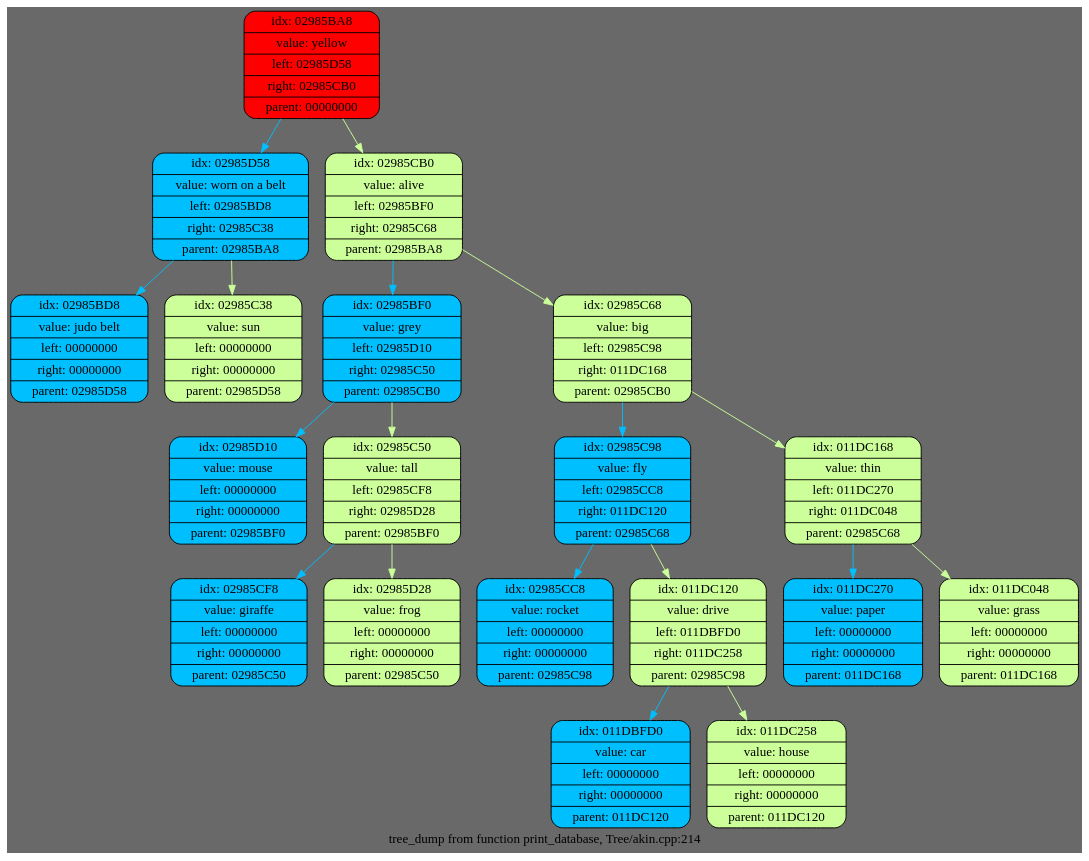
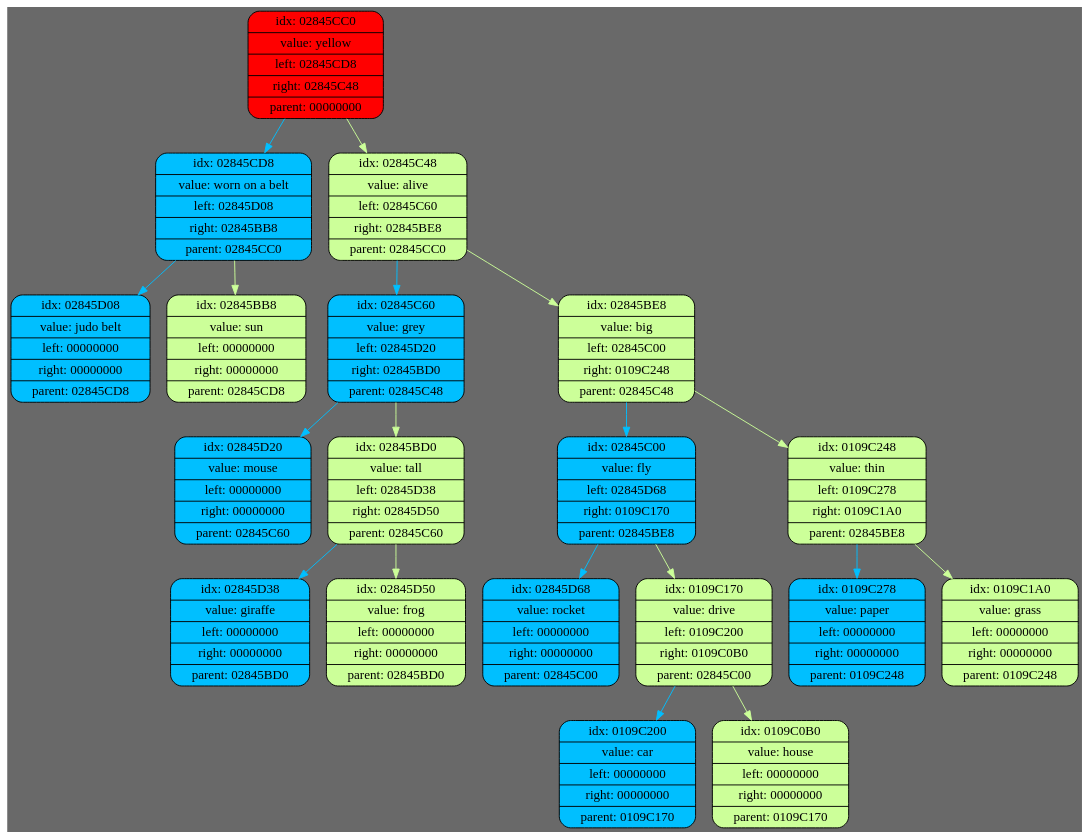
The diagram in include/dump.dot (EntryFrager/Akinator), drawn with Graphviz before and after one commit. The commit also changed other lines of this file and 5 other files, not shown here.

Commit message:
Wrote a separate function to get the database

```diff
--- a/include/dump.dot
+++ b/include/dump.dot
@@ -1,41 +1,41 @@
 digraph List {
 	rankdir = HR;
 	bgcolor = "#696969";
-	node0 [shape = Mrecord, style = filled, fillcolor = "#ff0000", label = "{idx: 02985BA8 | value: yellow | left: 02985D58 | right: 02985CB0 | parent: 00000000}"];
-	node1 [shape = Mrecord, style = filled, fillcolor = "#00BFFF", label = "{idx: 02985D58 | value: worn on a belt | left: 02985BD8 | right: 02985C38 | parent: 02985BA8}"];
+	node0 [shape = Mrecord, style = filled, fillcolor = "#ff0000", label = "{idx: 02845CC0 | value: yellow | left: 02845CD8 | right: 02845C48 | parent: 00000000}"];
+	node1 [shape = Mrecord, style = filled, fillcolor = "#00BFFF", label = "{idx: 02845CD8 | value: worn on a belt | left: 02845D08 | right: 02845BB8 | parent: 02845CC0}"];
 	node0 -> node1 [color = "#00BFFF"]
-	node2 [shape = Mrecord, style = filled, fillcolor = "#00BFFF", label = "{idx: 02985BD8 | value: judo belt | left: 00000000 | right: 00000000 | parent: 02985D58}"];
+	node2 [shape = Mrecord, style = filled, fillcolor = "#00BFFF", label = "{idx: 02845D08 | value: judo belt | left: 00000000 | right: 00000000 | parent: 02845CD8}"];
 	node1 -> node2 [color = "#00BFFF"]
-	node3 [shape = Mrecord, style = filled, fillcolor = "#ccff99", label = "{idx: 02985C38 | value: sun | left: 00000000 | right: 00000000 | parent: 02985D58}"];
+	node3 [shape = Mrecord, style = filled, fillcolor = "#ccff99", label = "{idx: 02845BB8 | value: sun | left: 00000000 | right: 00000000 | parent: 02845CD8}"];
 	node1 -> node3 [color = "#ccff99"]
-	node4 [shape = Mrecord, style = filled, fillcolor = "#ccff99", label = "{idx: 02985CB0 | value: alive | left: 02985BF0 | right: 02985C68 | parent: 02985BA8}"];
+	node4 [shape = Mrecord, style = filled, fillcolor = "#ccff99", label = "{idx: 02845C48 | value: alive | left: 02845C60 | right: 02845BE8 | parent: 02845CC0}"];
 	node0 -> node4 [color = "#ccff99"]
-	node5 [shape = Mrecord, style = filled, fillcolor = "#00BFFF", label = "{idx: 02985BF0 | value: grey | left: 02985D10 | right: 02985C50 | parent: 02985CB0}"];
+	node5 [shape = Mrecord, style = filled, fillcolor = "#00BFFF", label = "{idx: 02845C60 | value: grey | left: 02845D20 | right: 02845BD0 | parent: 02845C48}"];
 	node4 -> node5 [color = "#00BFFF"]
-	node6 [shape = Mrecord, style = filled, fillcolor = "#00BFFF", label = "{idx: 02985D10 | value: mouse | left: 00000000 | right: 00000000 | parent: 02985BF0}"];
+	node6 [shape = Mrecord, style = filled, fillcolor = "#00BFFF", label = "{idx: 02845D20 | value: mouse | left: 00000000 | right: 00000000 | parent: 02845C60}"];
 	node5 -> node6 [color = "#00BFFF"]
-	node7 [shape = Mrecord, style = filled, fillcolor = "#ccff99", label = "{idx: 02985C50 | value: tall | left: 02985CF8 | right: 02985D28 | parent: 02985BF0}"];
+	node7 [shape = Mrecord, style = filled, fillcolor = "#ccff99", label = "{idx: 02845BD0 | value: tall | left: 02845D38 | right: 02845D50 | parent: 02845C60}"];
 	node5 -> node7 [color = "#ccff99"]
-	node8 [shape = Mrecord, style = filled, fillcolor = "#00BFFF", label = "{idx: 02985CF8 | value: giraffe | left: 00000000 | right: 00000000 | parent: 02985C50}"];
+	node8 [shape = Mrecord, style = filled, fillcolor = "#00BFFF", label = "{idx: 02845D38 | value: giraffe | left: 00000000 | right: 00000000 | parent: 02845BD0}"];
 	node7 -> node8 [color = "#00BFFF"]
-	node9 [shape = Mrecord, style = filled, fillcolor = "#ccff99", label = "{idx: 02985D28 | value: frog | left: 00000000 | right: 00000000 | parent: 02985C50}"];
+	node9 [shape = Mrecord, style = filled, fillcolor = "#ccff99", label = "{idx: 02845D50 | value: frog | left: 00000000 | right: 00000000 | parent: 02845BD0}"];
 	node7 -> node9 [color = "#ccff99"]
-	node10 [shape = Mrecord, style = filled, fillcolor = "#ccff99", label = "{idx: 02985C68 | value: big | left: 02985C98 | right: 011DC168 | parent: 02985CB0}"];
+	node10 [shape = Mrecord, style = filled, fillcolor = "#ccff99", label = "{idx: 02845BE8 | value: big | left: 02845C00 | right: 0109C248 | parent: 02845C48}"];
 	node4 -> node10 [color = "#ccff99"]
-	node11 [shape = Mrecord, style = filled, fillcolor = "#00BFFF", label = "{idx: 02985C98 | value: fly | left: 02985CC8 | right: 011DC120 | parent: 02985C68}"];
+	node11 [shape = Mrecord, style = filled, fillcolor = "#00BFFF", label = "{idx: 02845C00 | value: fly | left: 02845D68 | right: 0109C170 | parent: 02845BE8}"];
 	node10 -> node11 [color = "#00BFFF"]
-	node12 [shape = Mrecord, style = filled, fillcolor = "#00BFFF", label = "{idx: 02985CC8 | value: rocket | left: 00000000 | right: 00000000 | parent: 02985C98}"];
+	node12 [shape = Mrecord, style = filled, fillcolor = "#00BFFF", label = "{idx: 02845D68 | value: rocket | left: 00000000 | right: 00000000 | parent: 02845C00}"];
 	node11 -> node12 [color = "#00BFFF"]
-	node13 [shape = Mrecord, style = filled, fillcolor = "#ccff99", label = "{idx: 011DC120 | value: drive | left: 011DBFD0 | right: 011DC258 | parent: 02985C98}"];
+	node13 [shape = Mrecord, style = filled, fillcolor = "#ccff99", label = "{idx: 0109C170 | value: drive | left: 0109C200 | right: 0109C0B0 | parent: 02845C00}"];
 	node11 -> node13 [color = "#ccff99"]
-	node14 [shape = Mrecord, style = filled, fillcolor = "#00BFFF", label = "{idx: 011DBFD0 | value: car | left: 00000000 | right: 00000000 | parent: 011DC120}"];
+	node14 [shape = Mrecord, style = filled, fillcolor = "#00BFFF", label = "{idx: 0109C200 | value: car | left: 00000000 | right: 00000000 | parent: 0109C170}"];
 	node13 -> node14 [color = "#00BFFF"]
-	node15 [shape = Mrecord, style = filled, fillcolor = "#ccff99", label = "{idx: 011DC258 | value: house | left: 00000000 | right: 00000000 | parent: 011DC120}"];
+	node15 [shape = Mrecord, style = filled, fillcolor = "#ccff99", label = "{idx: 0109C0B0 | value: house | left: 00000000 | right: 00000000 | parent: 0109C170}"];
 	node13 -> node15 [color = "#ccff99"]
-	node16 [shape = Mrecord, style = filled, fillcolor = "#ccff99", label = "{idx: 011DC168 | value: thin | left: 011DC270 | right: 011DC048 | parent: 02985C68}"];
+	node16 [shape = Mrecord, style = filled, fillcolor = "#ccff99", label = "{idx: 0109C248 | value: thin | left: 0109C278 | right: 0109C1A0 | parent: 02845BE8}"];
 	node10 -> node16 [color = "#ccff99"]
-	node17 [shape = Mrecord, style = filled, fillcolor = "#00BFFF", label = "{idx: 011DC270 | value: paper | left: 00000000 | right: 00000000 | parent: 011DC168}"];
+	node17 [shape = Mrecord, style = filled, fillcolor = "#00BFFF", label = "{idx: 0109C278 | value: paper | left: 00000000 | right: 00000000 | parent: 0109C248}"];
 	node16 -> node17 [color = "#00BFFF"]
-	node18 [shape = Mrecord, style = filled, fillcolor = "#ccff99", label = "{idx: 011DC048 | value: grass | left: 00000000 | right: 00000000 | parent: 011DC168}"];
+	node18 [shape = Mrecord, style = filled, fillcolor = "#ccff99", label = "{idx: 0109C1A0 | value: grass | left: 00000000 | right: 00000000 | parent: 0109C248}"];
 	node16 -> node18 [color = "#ccff99"]
-	label = "tree_dump from function print_database, Tree/akin.cpp:214";}
+}
```
